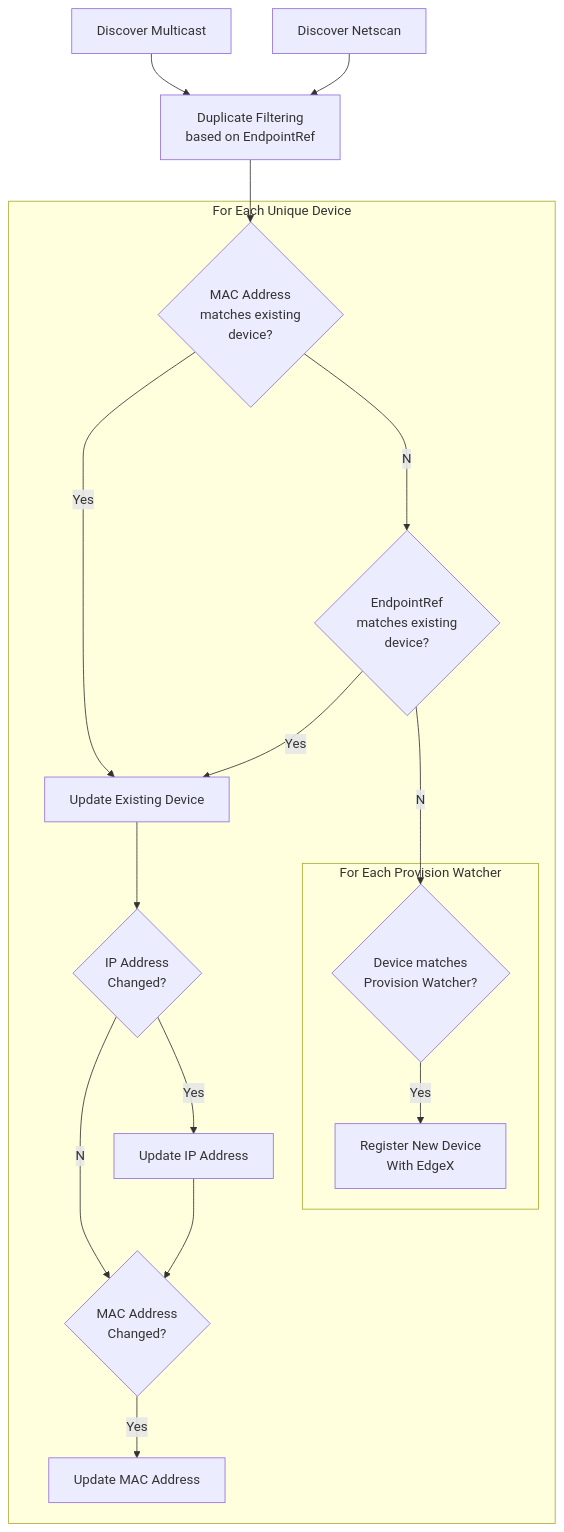
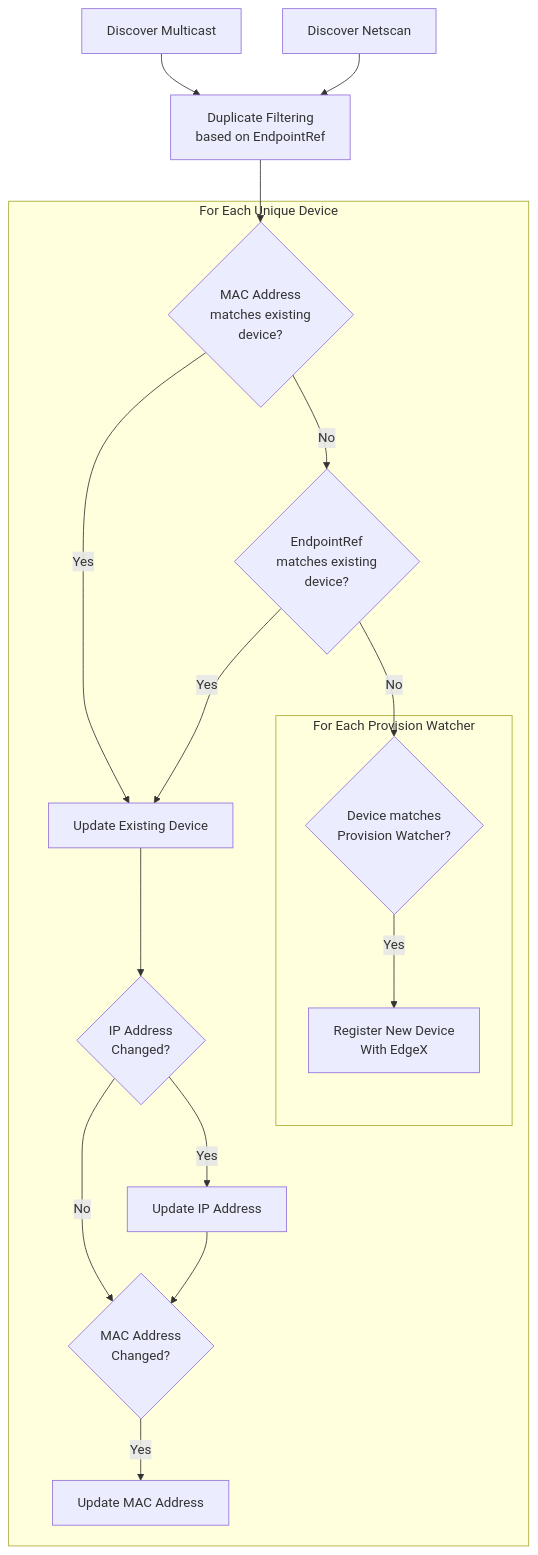
Before and after one commit to edgexfoundry/device-onvif-camera: the second of 2 diagrams in doc/auto-discovery.md, drawn with Mermaid. The commit also changed 1 other file, not shown here.

Commit message:
docs: update mermaid flowcharts

````diff
--- a/doc/auto-discovery.md
+++ b/doc/auto-discovery.md
@@ -148,37 +148,37 @@
 ```mermaid
 %% Note: The node and edge definitions are split up to make it easier to adjust the
 %% links between the various nodes.
 graph TD;
     %% -------- Node Definitions -------- %%
-    multicast[Discover Multicast]
-    netscan[Discover Netscan]
-    filter[Duplicate Filtering<br/>based on EndpointRef]    
-    macmatch{MAC Address<br/>matches existing<br/>device?}
-    refmatch{EndpointRef<br/>matches existing<br/>device?}
-    update[Update Existing Device]
-    ipchange{IP Address<br/>Changed?}
-    macchange{MAC Address<br/>Changed?}
-    newip[Update IP Address]
-    newmac[Update MAC Address]
-    add[Register New Device<br/>With EdgeX]
-    pwmatch{Device matches<br/>Provision Watcher?}
+    Multicast[Discover Multicast]
+    Netscan[Discover Netscan]
+    DupeFilter[Duplicate Filtering<br/>based on EndpointRef]    
+    MACMatches{MAC Address<br/>matches existing<br/>device?}
+    RefMatches{EndpointRef<br/>matches existing<br/>device?}
+    UpdateDevice[Update Existing Device]
+    IPChanged{IP Address<br/>Changed?}
+    MACChanged{MAC Address<br/>Changed?}
+    UpdateIP[Update IP Address]
+    UpdateMAC[Update MAC Address]
+    RegisterDevice[Register New Device<br/>With EdgeX]
+    PWMatches{Device matches<br/>Provision Watcher?}
     
     %% -------- Graph Definitions -------- %%
-    multicast --> filter
-    netscan --> filter
-    filter --> macmatch
+    Multicast --> DupeFilter
+    Netscan --> DupeFilter
+    DupeFilter --> MACMatches
     subgraph For Each Unique Device
-        macmatch --Yes--> update
-        macmatch --No--> refmatch
-        refmatch --Yes--> update
-        refmatch --No--> pwmatch
-        update-->ipchange
-        ipchange--No-->macchange
-        ipchange--Yes-->newip
-        newip-->macchange
-        macchange--Yes-->newmac
+        MACMatches -- Yes --> UpdateDevice
+        MACMatches -- No --> RefMatches
+        RefMatches -- Yes --> UpdateDevice
+        RefMatches -- No --> PWMatches
+        UpdateDevice --> IPChanged
+        IPChanged -- No --> MACChanged
+        IPChanged -- Yes --> UpdateIP
+        UpdateIP --> MACChanged
+        MACChanged -- Yes --> UpdateMAC
         subgraph For Each Provision Watcher
-            pwmatch--Yes-->add
+            PWMatches -- Yes --> RegisterDevice
         end
     end
 ```
````
